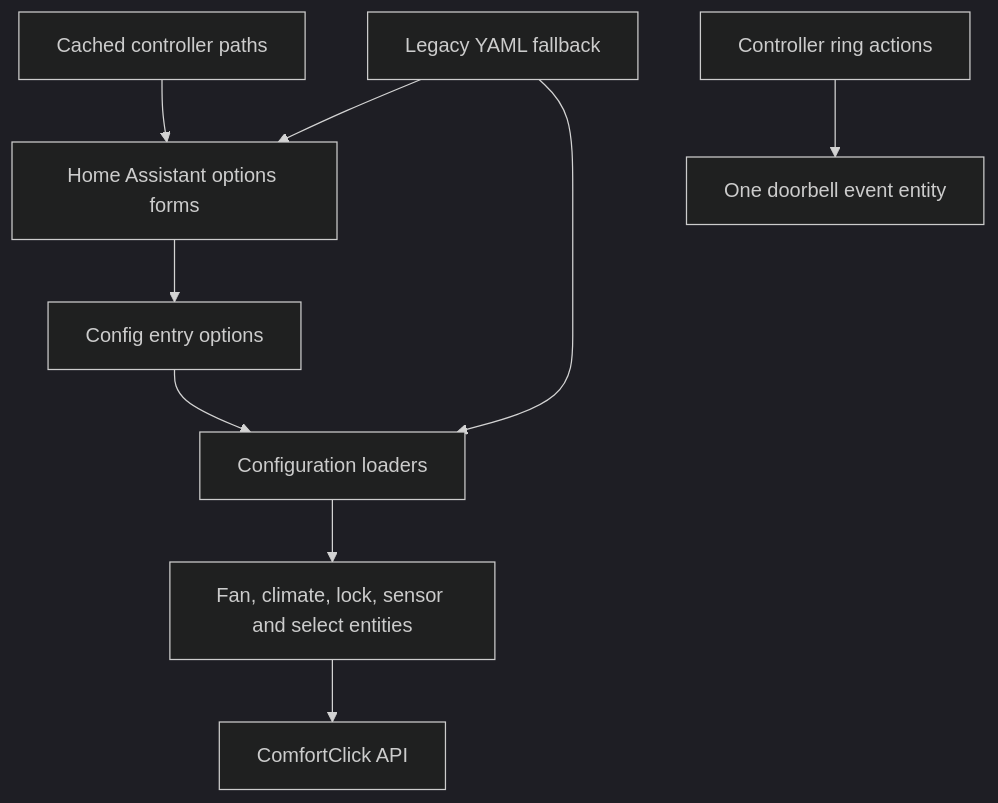
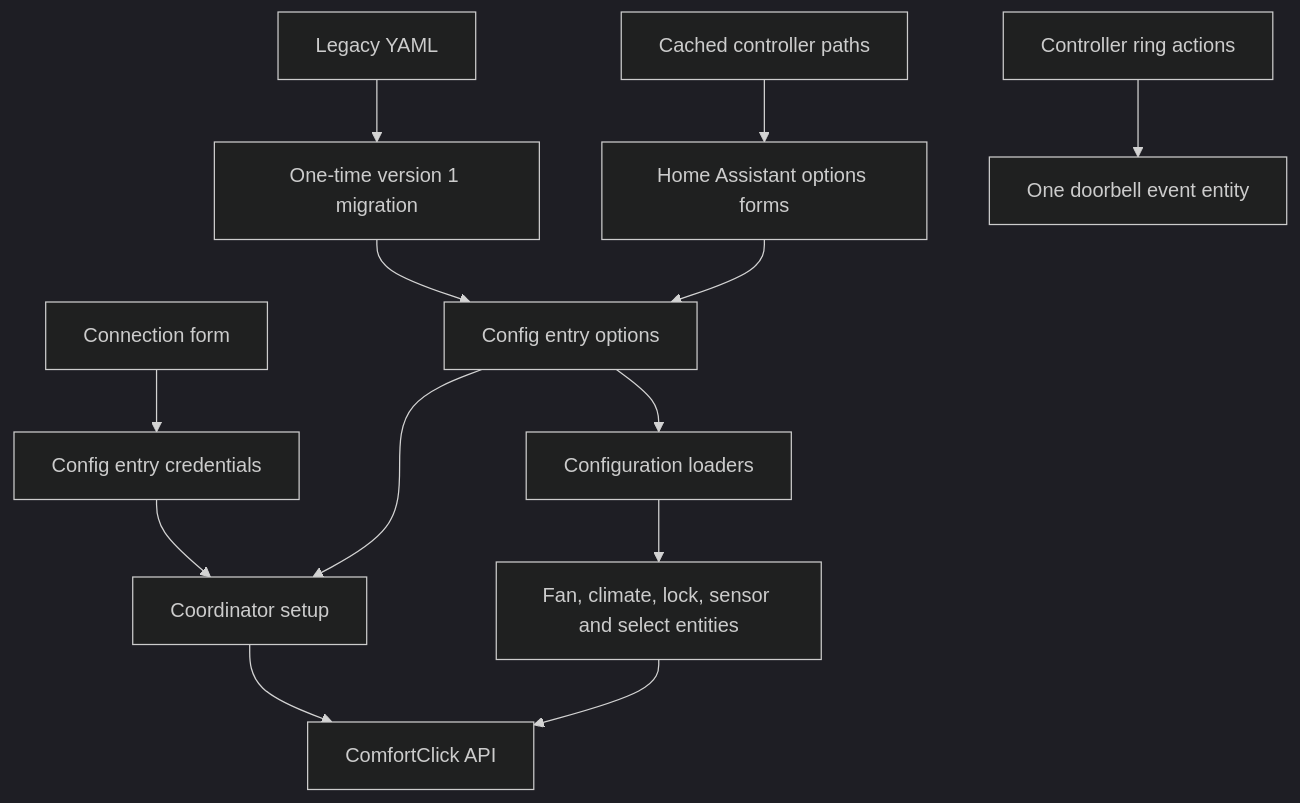
Before and after one commit to peeter-tomberg/comfortclick_custom: the diagram in docs/mapping-configuration.md, drawn with Mermaid (dark theme). The commit also changed other lines of this file and 23 other files, not shown here.

Commit message:
Manage connections in UI and migrate legacy YAML to stored options

````diff
--- a/docs/mapping-configuration.md
+++ b/docs/mapping-configuration.md
@@ -50,11 +64,15 @@
 ```mermaid
 flowchart TD
     Cache[Cached controller paths] --> UI[Home Assistant options forms]
-    YAML[Legacy YAML fallback] --> UI
+    YAML[Legacy YAML] --> Migration[One-time version 1 migration]
+    Migration --> Options
     UI --> Options[Config entry options]
     Options --> Loaders[Configuration loaders]
-    YAML --> Loaders
+    Connection[Connection form] --> Data[Config entry credentials]
+    Data --> Runtime[Coordinator setup]
+    Options --> Runtime
     Loaders --> Entities[Fan, climate, lock, sensor and select entities]
+    Runtime --> API[ComfortClick API]
     Entities --> API[ComfortClick API]
     Events[Controller ring actions] --> Doorbell[One doorbell event entity]
 ```
````
